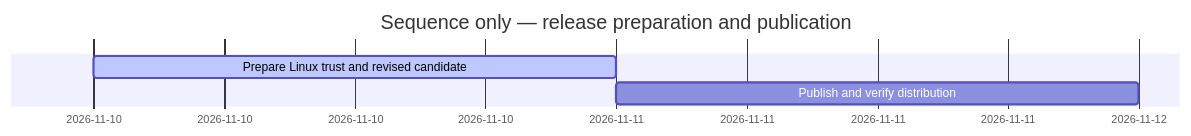
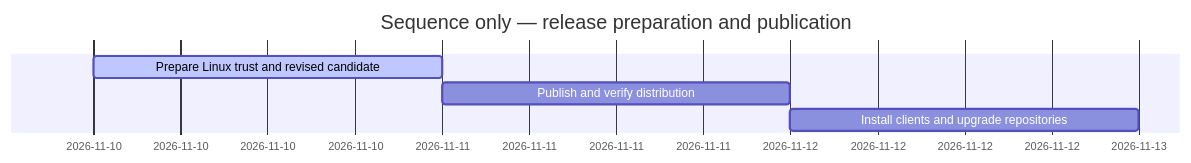
Before and after one commit to Hans-Einar/SDP: the diagram in SDP/Sessions/session-#0014--SDP_2.2.1_release.md, drawn with Mermaid. The commit also changed other lines of this file and 7 other files, not shown here.

````diff
--- a/SDP/Sessions/session-#0014--SDP_2.2.1_release.md
+++ b/SDP/Sessions/session-#0014--SDP_2.2.1_release.md
@@ -3,7 +3,8 @@
 ```mermaid
 gantt
     title Sequence only — release preparation and publication
     dateFormat YYYY-MM-DD
     Prepare Linux trust and revised candidate :active, a, 2026-11-10, 1d
     Publish and verify distribution :b, after a, 1d
+    Install clients and upgrade repositories :c, after b, 1d
 ```
````
